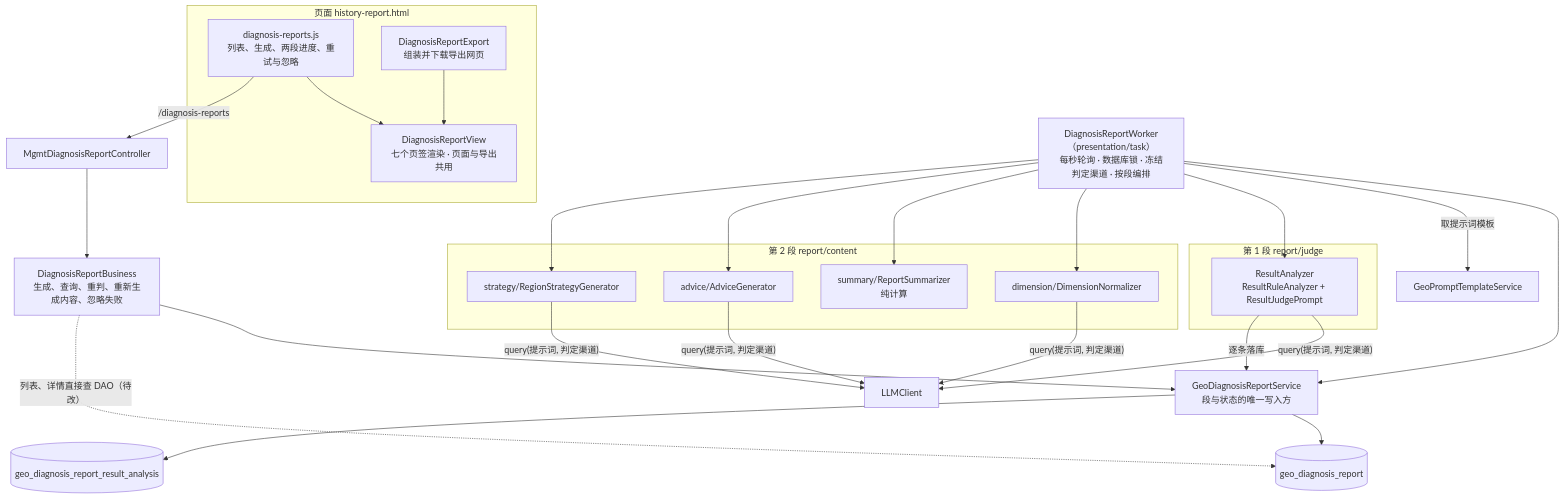
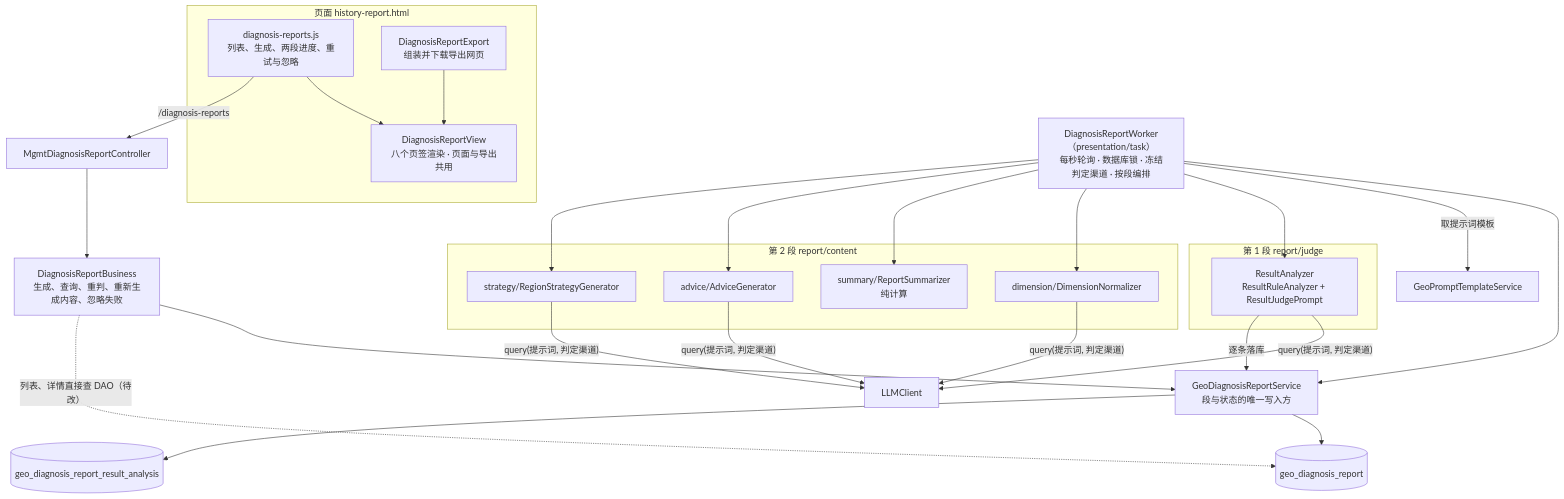
The first of 3 diagrams in .doc/能力列表/诊断报告.md (huangruiying/colorful-mgmt), drawn with Mermaid before and after one commit. The commit also changed other lines of this file and 7 other files, not shown here.

````diff
--- a/.doc/能力列表/诊断报告.md
+++ b/.doc/能力列表/诊断报告.md
@@ -7,28 +7,28 @@
 ```mermaid
 flowchart TB
     subgraph web["页面 history-report.html"]
-        P["diagnosis-reports.js<br/>列表、生成、两段进度、重试与忽略"] --> V["DiagnosisReportView<br/>七个页签渲染 · 页面与导出共用"]
+        P["diagnosis-reports.js<br/>列表、生成、两段进度、重试与忽略"] --> V["DiagnosisReportView<br/>八个页签渲染 · 页面与导出共用"]
         E["DiagnosisReportExport<br/>组装并下载导出网页"] --> V
     end
     P -->|"/diagnosis-reports"| C["MgmtDiagnosisReportController"]
     C --> B["DiagnosisReportBusiness<br/>生成、查询、重判、重新生成内容、忽略失败"]
     B --> S["GeoDiagnosisReportService<br/>段与状态的唯一写入方"]
     W["DiagnosisReportWorker（presentation/task）<br/>每秒轮询 · 数据库锁 · 冻结判定渠道 · 按段编排"] --> S
     W -->|"取提示词模板"| T["GeoPromptTemplateService"]
     subgraph stage1["第 1 段 report/judge"]
         J["ResultAnalyzer<br/>ResultRuleAnalyzer + ResultJudgePrompt"]
     end
     subgraph stage2["第 2 段 report/content"]
         D["dimension/DimensionNormalizer"]
         M["summary/ReportSummarizer<br/>纯计算"]
         A["advice/AdviceGenerator"]
         R["strategy/RegionStrategyGenerator"]
     end
     W --> J
     W --> D & M & A & R
     J & D & A & R -->|"query(提示词, 判定渠道)"| L["LLMClient"]
     J -->|"逐条落库"| S
     S --> T1[("geo_diagnosis_report")]
     S --> T2[("geo_diagnosis_report_result_analysis")]
     B -.->|"列表、详情直接查 DAO（待改）"| T1
 ```
````
